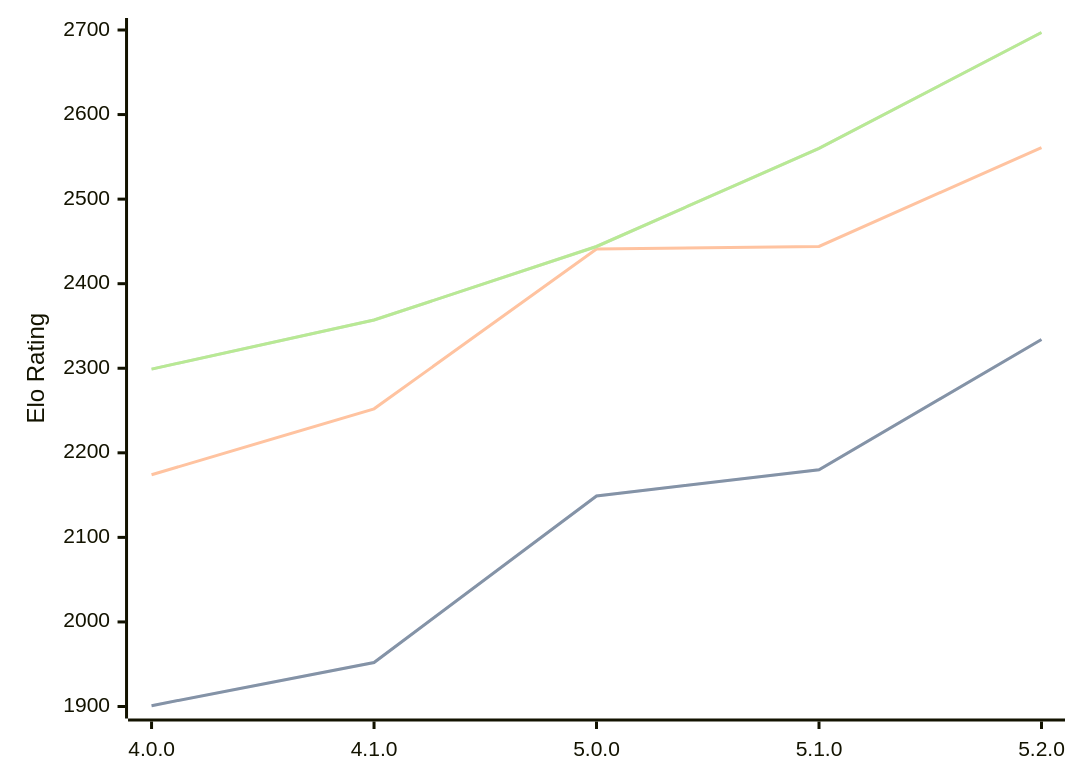
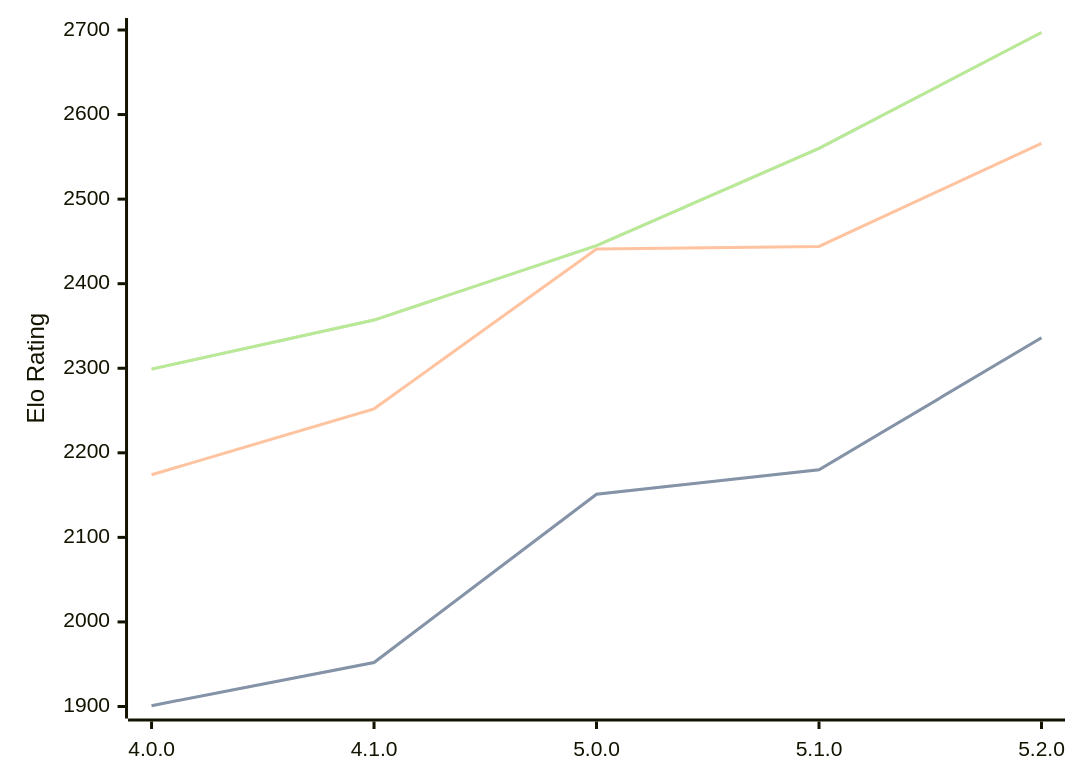
One commit to computer-chess-index/cci changed the third of 3 diagrams in engines/Aconcagua.md. Above: the diagram before and after it, drawn with Mermaid. The commit also changed other lines of this file, not shown here.

Commit message:
Update CCI Ratings (ELO VLTC) - 2026-07-09

````diff
--- a/engines/Aconcagua.md
+++ b/engines/Aconcagua.md
@@ -77,11 +77,11 @@
 ```mermaid
 %%{init: {"theme":"base","themeVariables":{"seriesColors:['#a3a3a3','#222221','#faa371']}}}%%
 xychart-beta
   x-axis ["4.0.0", "4.1.0", "5.0.0", "5.1.0", "5.2.0"]
   y-axis "Elo Rating" 1900 --> 2700
-  line "STC (8.0+0.08s)" [1901, 1952, 2149, 2180, 2334]
-  line "STC (8.0+0.08s)" [1901, 1952, 2149, 2180, 2334]
-  line "LTC (60.0+0.60s)" [2174, 2252, 2441, 2444, 2561]
-  line "VLTC (2m24s+1.12s)" [2299, 2357, 2444, 2560, 2697]
-  line "VLTC (2m24s+1.12s)" [2299, 2357, 2444, 2560, 2697]
+  line "STC (8.0+0.08s)" [1901, 1952, 2151, 2180, 2336]
+  line "STC (8.0+0.08s)" [1901, 1952, 2151, 2180, 2336]
+  line "LTC (60.0+0.60s)" [2174, 2252, 2441, 2444, 2566]
+  line "VLTC (2m24s+1.12s)" [2299, 2357, 2445, 2560, 2697]
+  line "VLTC (2m24s+1.12s)" [2299, 2357, 2445, 2560, 2697]
 ```
````
